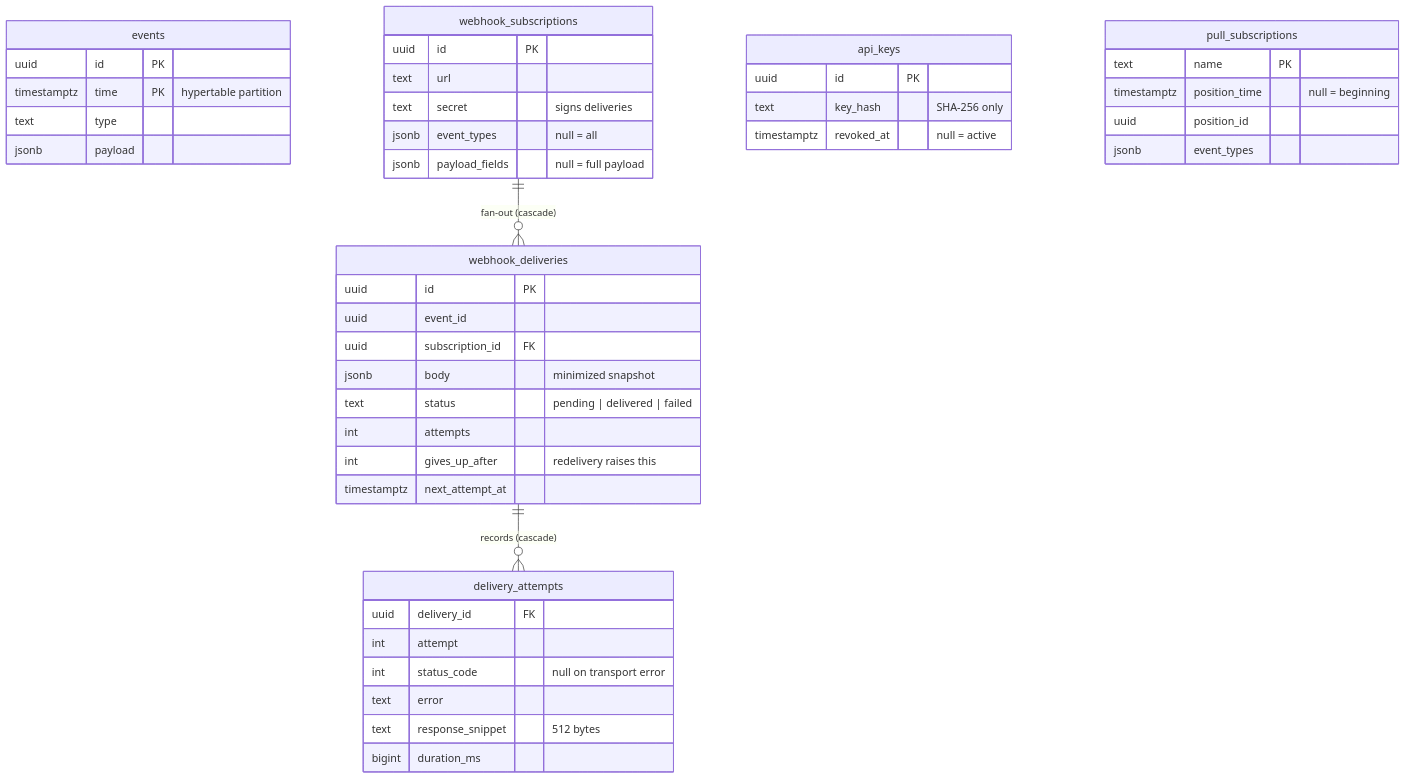
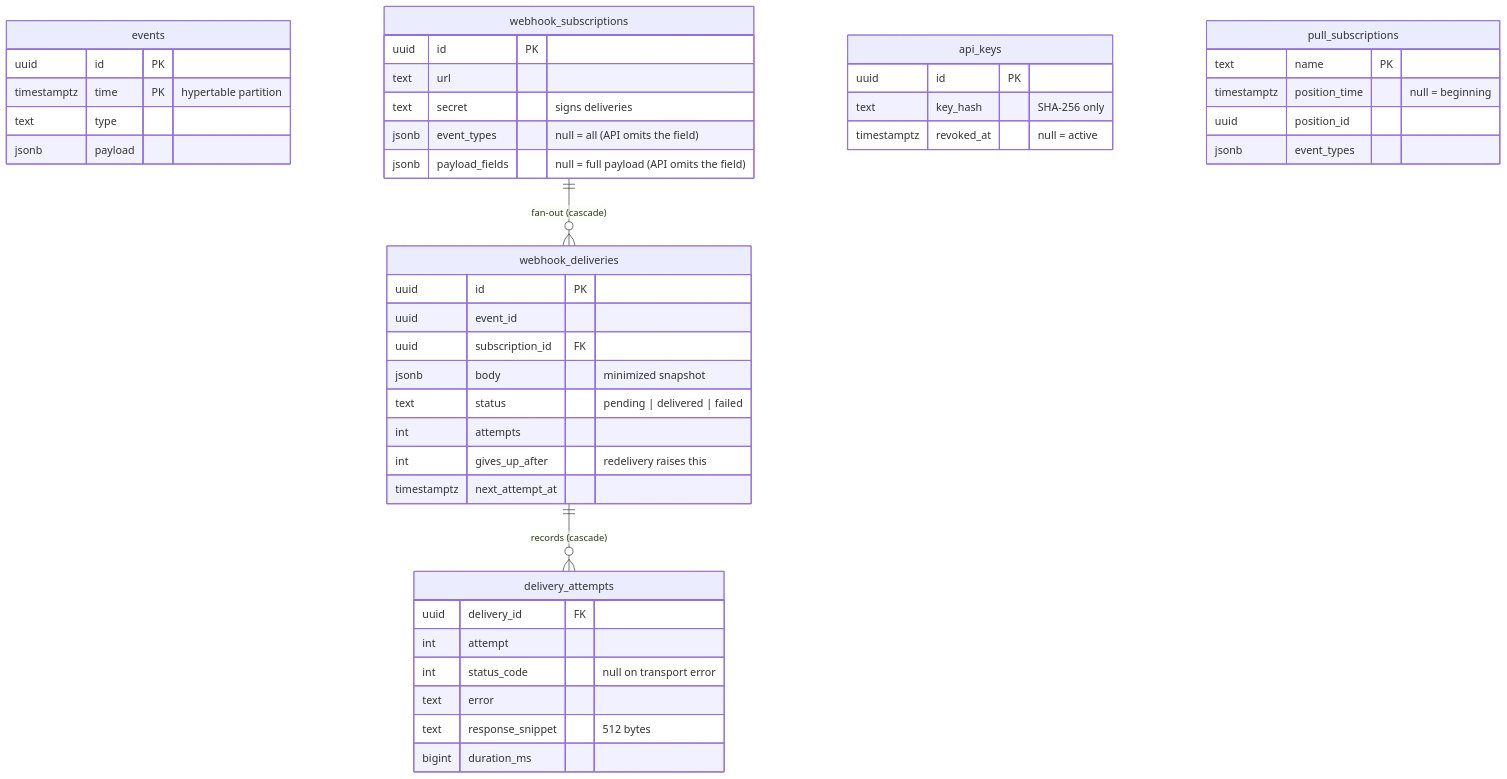
Before and after one commit to sharanggupta/eventcore: the fifth of 6 diagrams in docs/architecture.md, drawn with Mermaid. The commit also changed 7 other files, not shown here.

````diff
--- a/docs/architecture.md
+++ b/docs/architecture.md
@@ -152,48 +152,48 @@
 ```mermaid
 erDiagram
     events {
         uuid id PK
         timestamptz time PK "hypertable partition"
         text type
         jsonb payload
     }
     webhook_subscriptions {
         uuid id PK
         text url
         text secret "signs deliveries"
-        jsonb event_types "null = all"
-        jsonb payload_fields "null = full payload"
+        jsonb event_types "null = all (API omits the field)"
+        jsonb payload_fields "null = full payload (API omits the field)"
     }
     webhook_deliveries {
         uuid id PK
         uuid event_id
         uuid subscription_id FK
         jsonb body "minimized snapshot"
         text status "pending | delivered | failed"
         int attempts
         int gives_up_after "redelivery raises this"
         timestamptz next_attempt_at
     }
     delivery_attempts {
         uuid delivery_id FK
         int attempt
         int status_code "null on transport error"
         text error
         text response_snippet "512 bytes"
         bigint duration_ms
     }
     api_keys {
         uuid id PK
         text key_hash "SHA-256 only"
         timestamptz revoked_at "null = active"
     }
     pull_subscriptions {
         text name PK
         timestamptz position_time "null = beginning"
         uuid position_id
         jsonb event_types
     }
 
     webhook_subscriptions ||--o{ webhook_deliveries : "fan-out (cascade)"
     webhook_deliveries ||--o{ delivery_attempts : "records (cascade)"
 ```
````
